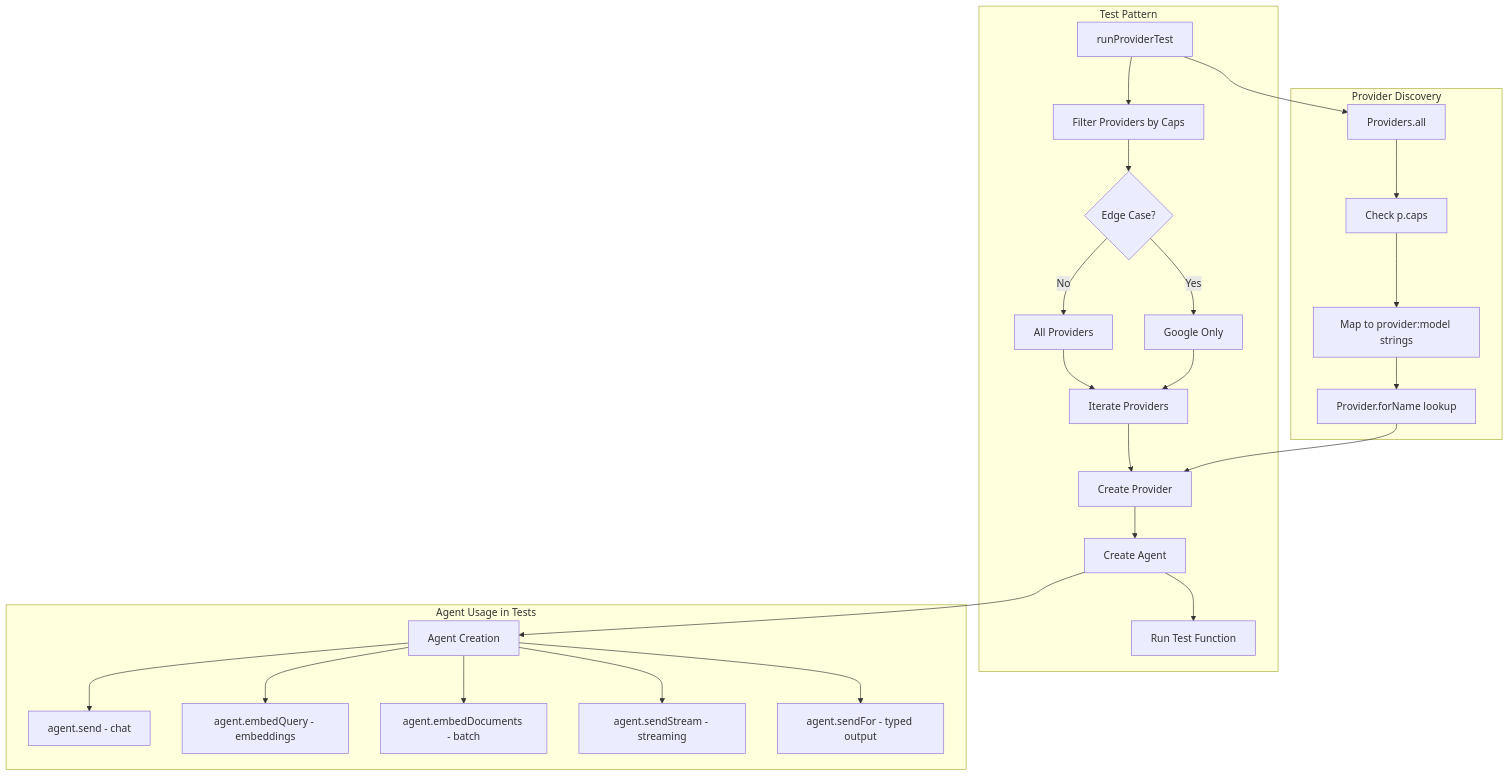
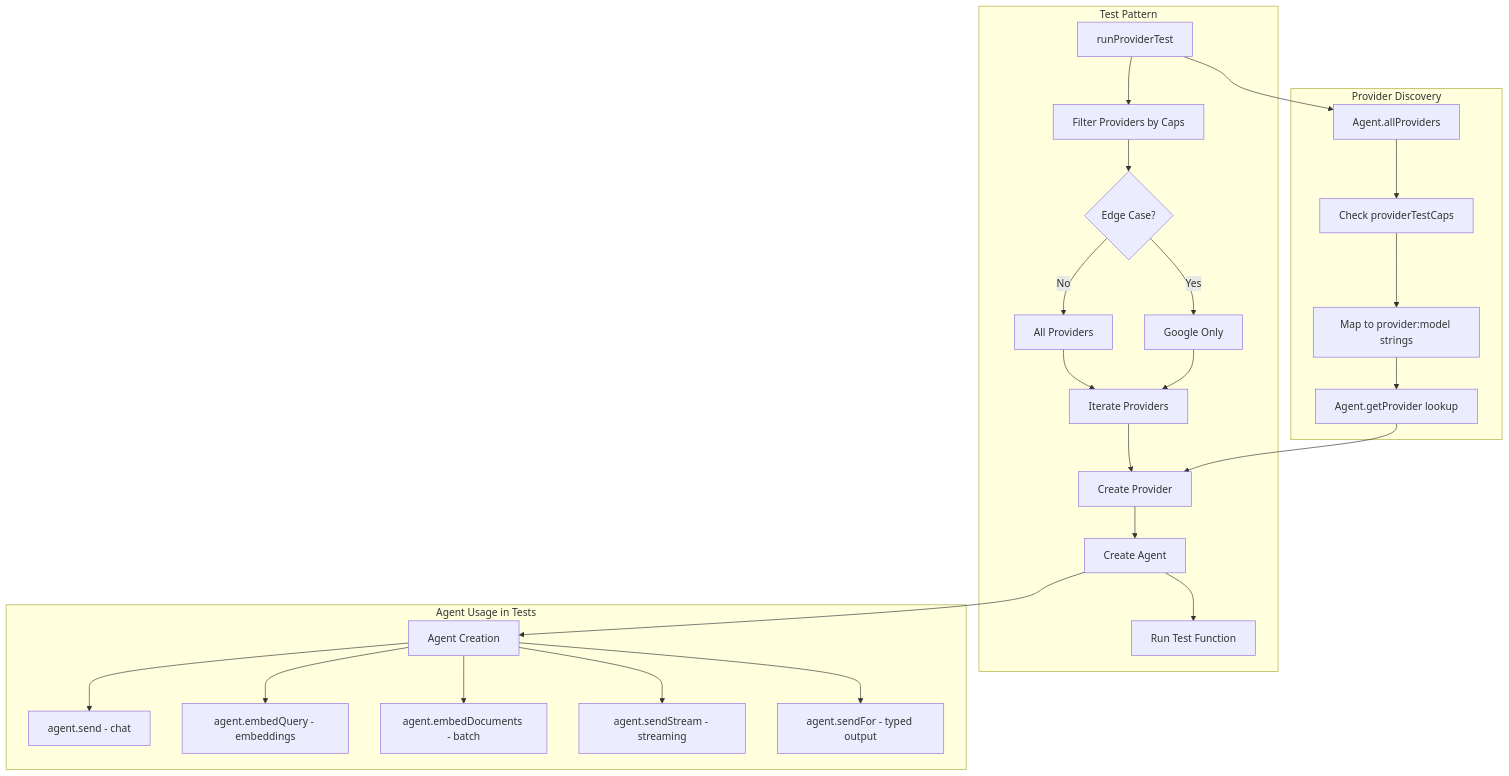
One commit to csells/dartantic changed the diagram in wiki/Test-Spec.md. Above: the diagram before and after it, drawn with Mermaid. The commit also changed other lines of this file and 179 other files, not shown here.

````diff
--- a/wiki/Test-Spec.md
+++ b/wiki/Test-Spec.md
@@ -2,34 +2,34 @@
 ```mermaid
 flowchart TD
     subgraph "Test Pattern"
         RT[runProviderTest] --> FP[Filter Providers by Caps]
         FP --> EC{Edge Case?}
         EC -->|Yes| GG[Google Only]
         EC -->|No| AP[All Providers]
         
         AP --> IT[Iterate Providers]
         GG --> IT
         
         IT --> CP[Create Provider]
         CP --> CA[Create Agent]
         CA --> TF[Run Test Function]
     end
     
     subgraph "Provider Discovery"
-        PA[Providers.all] --> PC[Check p.caps]
+        PA[Agent.allProviders] --> PC[Check providerTestCaps]
         PC --> PM[Map to provider:model strings]
-        PM --> PS[Provider.forName lookup]
+        PM --> PS[Agent.getProvider lookup]
     end
     
     subgraph "Agent Usage in Tests"
         AG[Agent Creation] --> SM[agent.send - chat]
         AG --> EQ[agent.embedQuery - embeddings]
         AG --> ED[agent.embedDocuments - batch]
         AG --> SS[agent.sendStream - streaming]
         AG --> SF[agent.sendFor - typed output]
     end
     
     RT --> PA
     PS --> CP
     CA --> AG
 ```
````
